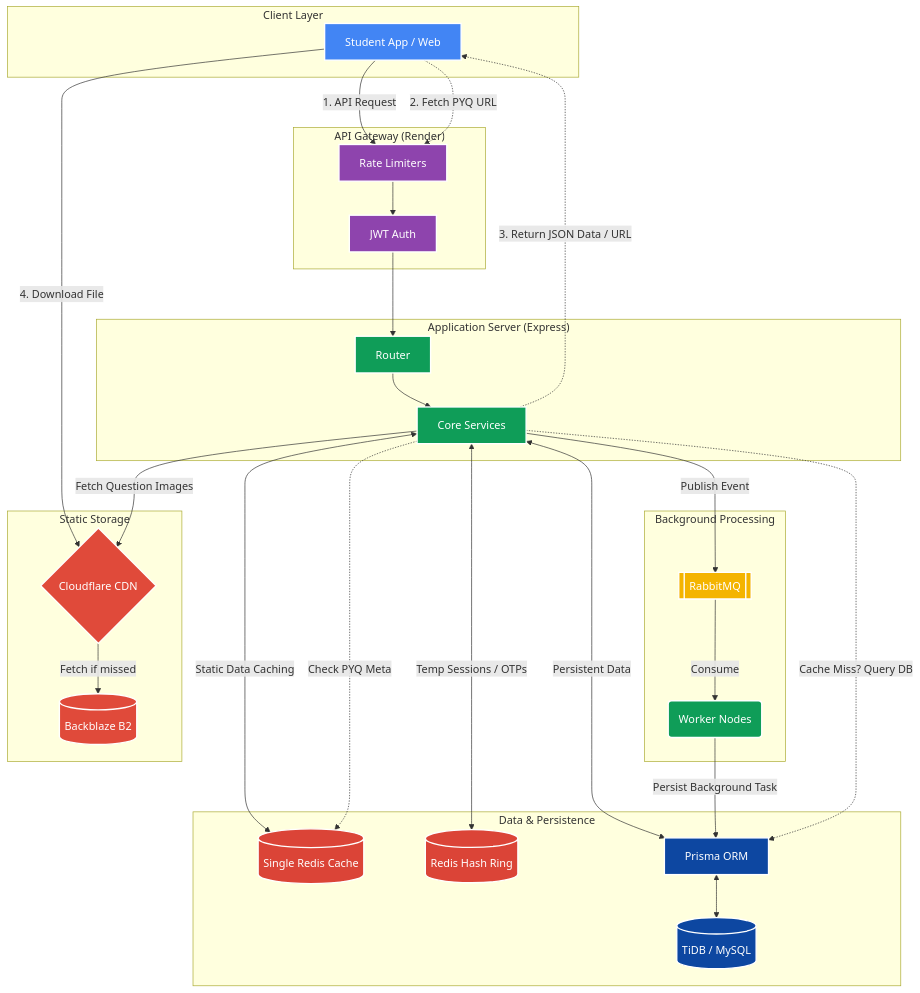
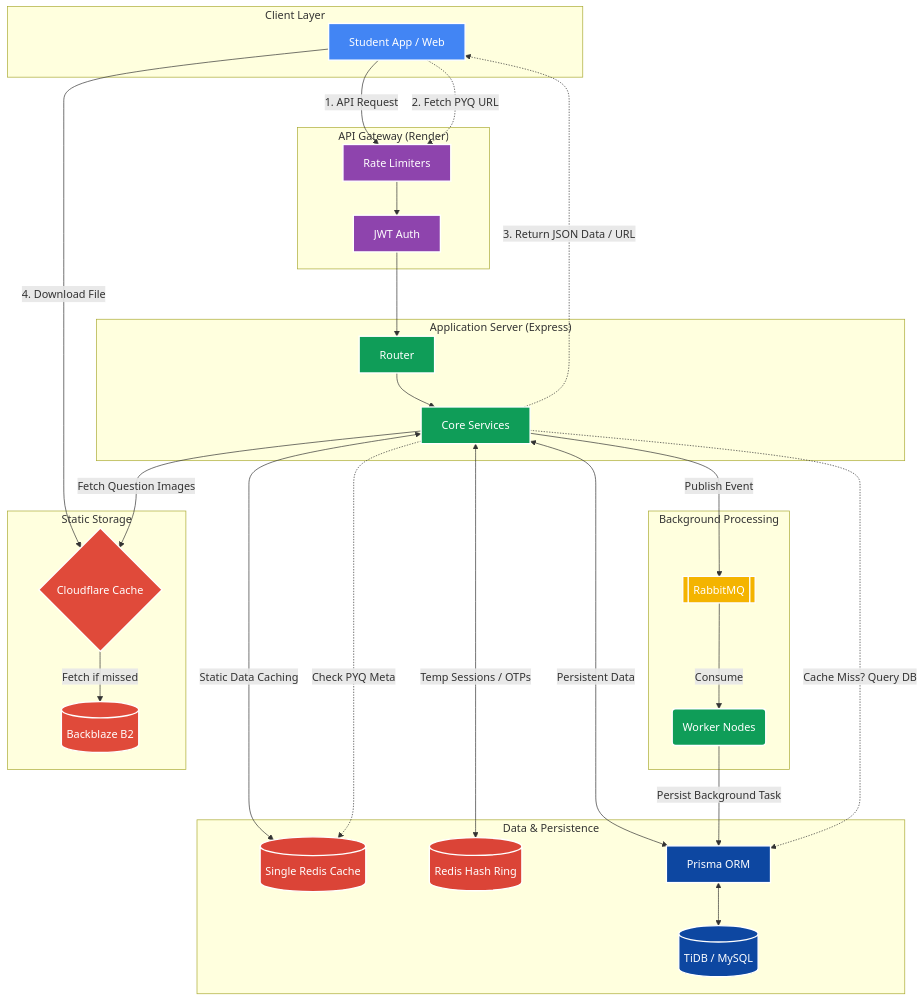
The first of 6 diagrams in README.md (Tanishq112005/JEE-Archive-Mock-Test-Platform), drawn with Mermaid before and after one commit. The commit also changed other lines of this file, not shown here.

````diff
--- a/README.md
+++ b/README.md
@@ -82,76 +82,76 @@
 ```mermaid
 flowchart TB
     %% Styling Classes
     classDef client fill:#4285F4,stroke:#fff,stroke-width:2px,color:#fff
     classDef storage fill:#E04A3A,stroke:#fff,stroke-width:2px,color:#fff
     classDef gateway fill:#8E44AD,stroke:#fff,stroke-width:2px,color:#fff
     classDef server fill:#0F9D58,stroke:#fff,stroke-width:2px,color:#fff
     classDef queue fill:#F4B400,stroke:#fff,stroke-width:2px,color:#fff
     classDef data fill:#0D47A1,stroke:#fff,stroke-width:2px,color:#fff
     classDef cache fill:#DB4437,stroke:#fff,stroke-width:2px,color:#fff
 
     %% Client Layer
     subgraph Clients ["Client Layer"]
         Student[Student App / Web]:::client
     end
 
     %% API Gateway & Hosting
     subgraph Gateway ["API Gateway (Render)"]
         RL[Rate Limiters]:::gateway
         Auth[JWT Auth]:::gateway
     end
 
     %% Service Layer
     subgraph AppServer ["Application Server (Express)"]
         Router[Router]:::server
         Services[Core Services]:::server
     end
 
     %% Data Stores
     subgraph DataLayer ["Data & Persistence"]
         RedisCache[(Single Redis Cache)]:::cache
         RedisRing[(Redis Hash Ring)]:::cache
         Prisma[Prisma ORM]:::data
         DB[(TiDB / MySQL)]:::data
     end
 
     %% Async Tasks
     subgraph AsyncWorker ["Background Processing"]
         RMQ[[RabbitMQ]]:::queue
         Workers(Worker Nodes):::server
     end
 
     %% File Storage
     subgraph Storage ["Static Storage"]
-        CF{Cloudflare CDN}:::storage
+        CF{Cloudflare Cache}:::storage
         B2[(Backblaze B2)]:::storage
     end
 
     %% Primary Request Flow
     Student -->|1. API Request| RL
     RL --> Auth
     Auth --> Router
     Router --> Services
     
     %% Data Flow
     Services <-->|Static Data Caching| RedisCache
     Services <-->|Temp Sessions / OTPs| RedisRing
     Services <-->|Persistent Data| Prisma
     Prisma <--> DB
     
     %% Async Flow
     Services -->|Publish Event| RMQ
     RMQ -->|Consume| Workers
     Workers -->|Persist Background Task| Prisma
     
     %% PYQ Flow Highlight
     Student -.->|2. Fetch PYQ URL| RL
     Services -.->|Check PYQ Meta| RedisCache
     Services -.->|Cache Miss? Query DB| Prisma
     Services -.->|3. Return JSON Data / URL| Student
     Student -->|4. Download File| CF
     
     %% Internal Image Fetching
     Services -->|Fetch Question Images| CF
     CF -->|Fetch if missed| B2
 ```
````
